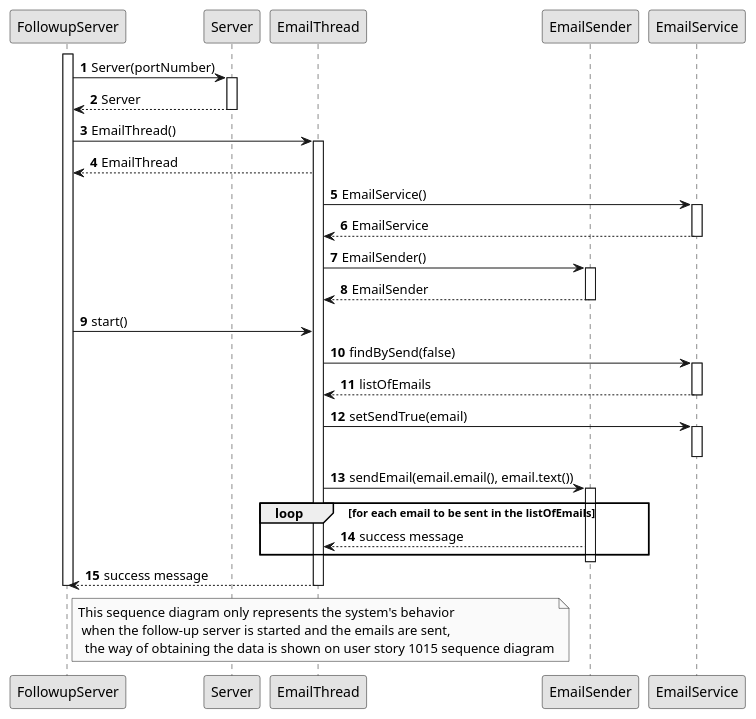
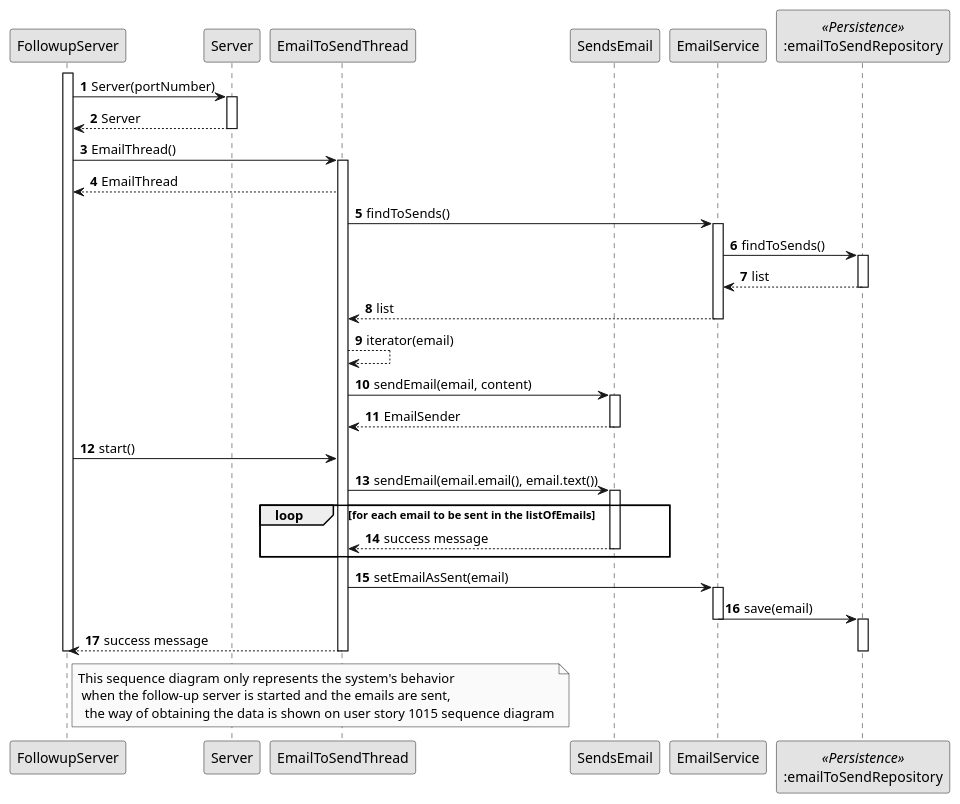
One commit to marcoferreira37/Lapr4 changed the diagram in docs/sprintC/1016/puml/1016-sequence-diagram.puml. Above: the diagram before and after it, drawn with PlantUML.

Commit message:
update Server

```diff
--- a/docs/sprintC/1016/puml/1016-sequence-diagram.puml
+++ b/docs/sprintC/1016/puml/1016-sequence-diagram.puml
@@ -1,56 +1,73 @@
 @startuml
 'https://plantuml.com/use-case-diagram
 skinparam monochrome true
 skinparam packageStyle rectangle
 skinparam shadowing false
 autonumber
 
 participant "FollowupServer" as FS
 participant "Server" as S
-participant "EmailThread" as ET
-participant "EmailSender" as ES
+participant "EmailToSendThread" as ET
+participant "SendsEmail" as ES
 participant "EmailService" as ESvc
+participant ":emailToSendRepository" as Repo <<Persistence>>
+
 
 
 activate FS
 FS -> S: Server(portNumber)
 activate S
 S --> FS: Server
 deactivate S
 FS -> ET: EmailThread()
 activate ET
 ET --> FS: EmailThread
-ET -> ESvc: EmailService()
+ET -> ESvc: findToSends()
 activate ESvc
-ESvc --> ET: EmailService
+
+ESvc -> Repo: findToSends()
+activate Repo
+Repo --> ESvc: list
+deactivate Repo
+ESvc --> ET: list
 deactivate ESvc
-ET -> ES: EmailSender()
+ET --> ET : iterator(email)
+
+ET -> ES: sendEmail(email, content)
 activate ES
+
 ES --> ET: EmailSender
 deactivate ES
 FS -> ET: start()
-ET -> ESvc: findBySend(false)
-activate ESvc
-ESvc --> ET: listOfEmails
+
 deactivate ESvc
-ET -> ESvc: setSendTrue(email)
-activate ESvc
+
 deactivate ESvc
 ET -> ES: sendEmail(email.email(), email.text())
 activate ES
 loop for each email to be sent in the listOfEmails
 ES --> ET: success message
+deactivate ES
 end
-deactivate ES
+
+ET -> ESvc: setEmailAsSent(email)
+activate ESvc
+
+ESvc -> Repo: save(email)
+deactivate ESvc
+
+activate Repo
 ET --> FS: success message
+deactivate Repo
+
 deactivate ET
 deactivate FS
 
 note right of FS
   This sequence diagram only represents the system's behavior
    when the follow-up server is started and the emails are sent,
     the way of obtaining the data is shown on user story 1015 sequence diagram
 end note
 
 
 @enduml
```
